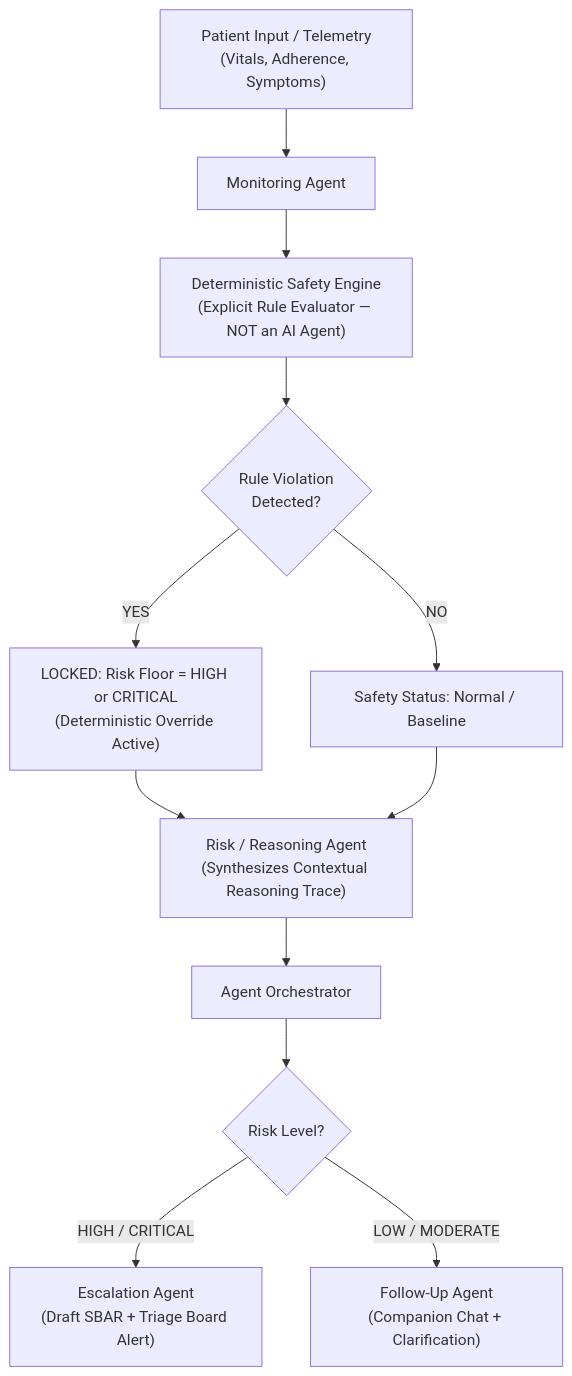
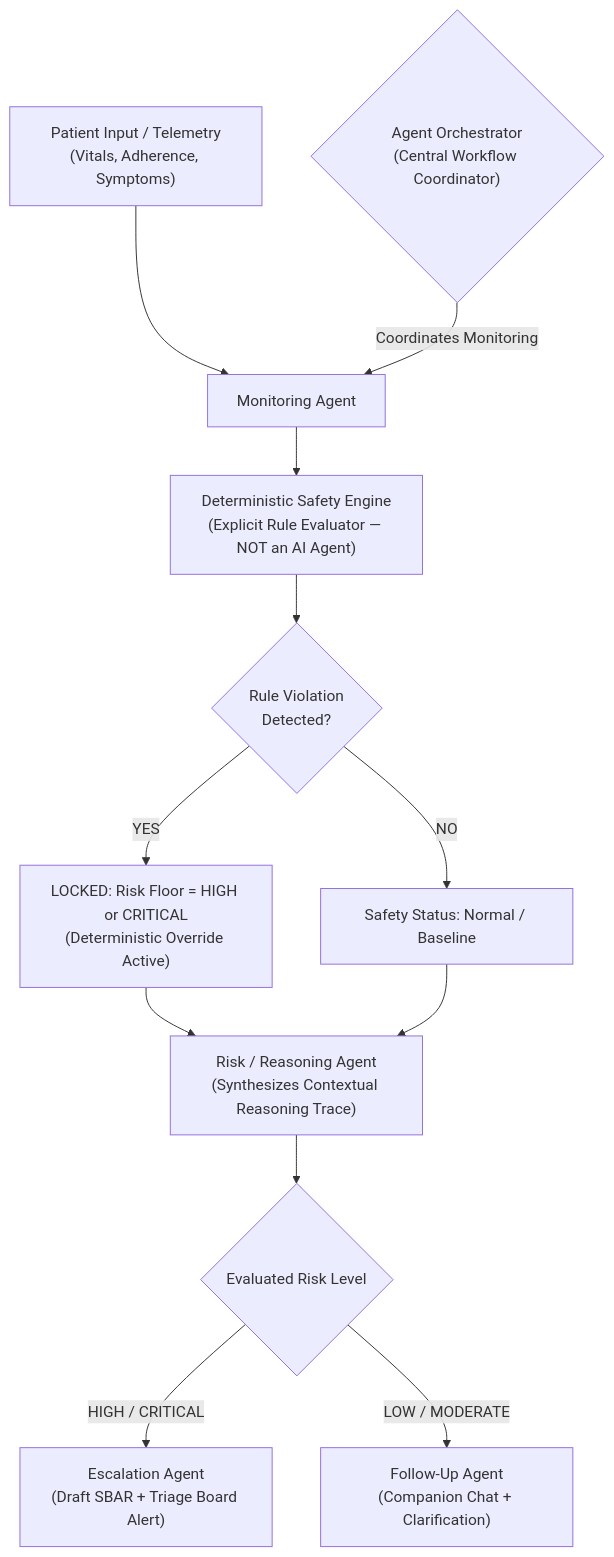
Before and after one commit to pavan15279/carebridge-ai: the diagram in docs/SAFETY_AND_GUARDRAILS.md, drawn with Mermaid. The commit also changed 3 other files, not shown here.

Commit message:
docs: clarify agent orchestration flow

````diff
--- a/docs/SAFETY_AND_GUARDRAILS.md
+++ b/docs/SAFETY_AND_GUARDRAILS.md
@@ -43,19 +43,21 @@
 ```mermaid
 flowchart TD
+    ORCH{"Agent Orchestrator\n(Central Workflow Coordinator)"}
+
     INPUT["Patient Input / Telemetry\n(Vitals, Adherence, Symptoms)"] --> MON["Monitoring Agent"]
+    ORCH -->|Coordinates Monitoring| MON
     MON --> SAFETY["Deterministic Safety Engine\n(Explicit Rule Evaluator — NOT an AI Agent)"]
 
     SAFETY --> CHECK{"Rule Violation\nDetected?"}
 
     CHECK -- YES --> LOCK["LOCKED: Risk Floor = HIGH or CRITICAL\n(Deterministic Override Active)"]
     CHECK -- NO --> NORMAL["Safety Status: Normal / Baseline"]
 
     LOCK --> REASON["Risk / Reasoning Agent\n(Synthesizes Contextual Reasoning Trace)"]
     NORMAL --> REASON
 
-    REASON --> ORCH["Agent Orchestrator"]
-    ORCH --> ROUTE{"Risk Level?"}
+    REASON --> ROUTE{"Evaluated Risk Level"}
 
     ROUTE -- "HIGH / CRITICAL" --> ESC["Escalation Agent\n(Draft SBAR + Triage Board Alert)"]
     ROUTE -- "LOW / MODERATE" --> FOL["Follow-Up Agent\n(Companion Chat + Clarification)"]
 ```
````
